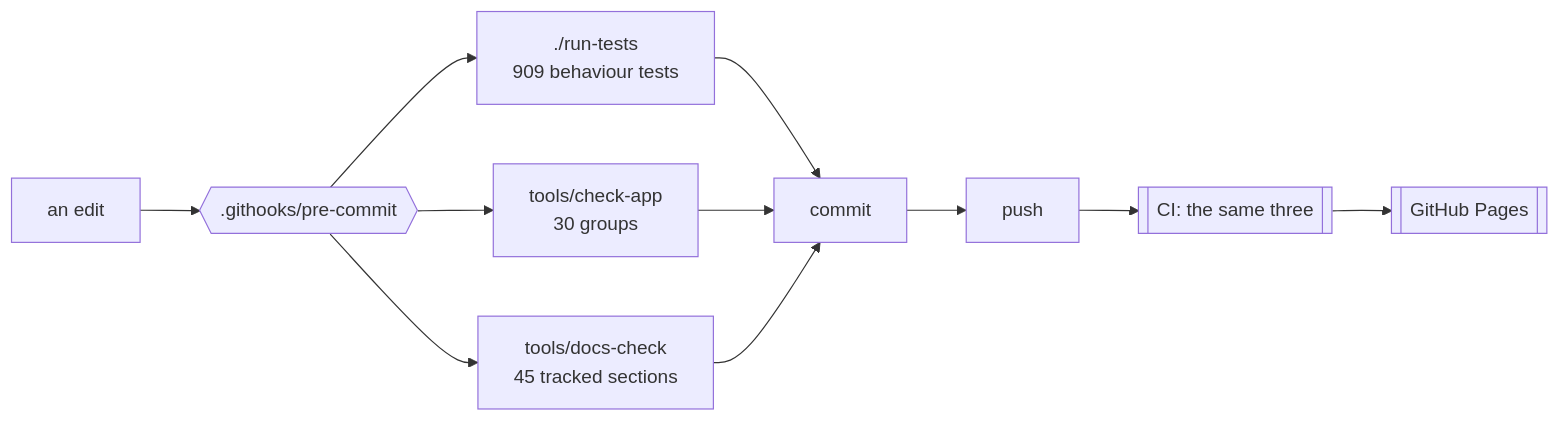
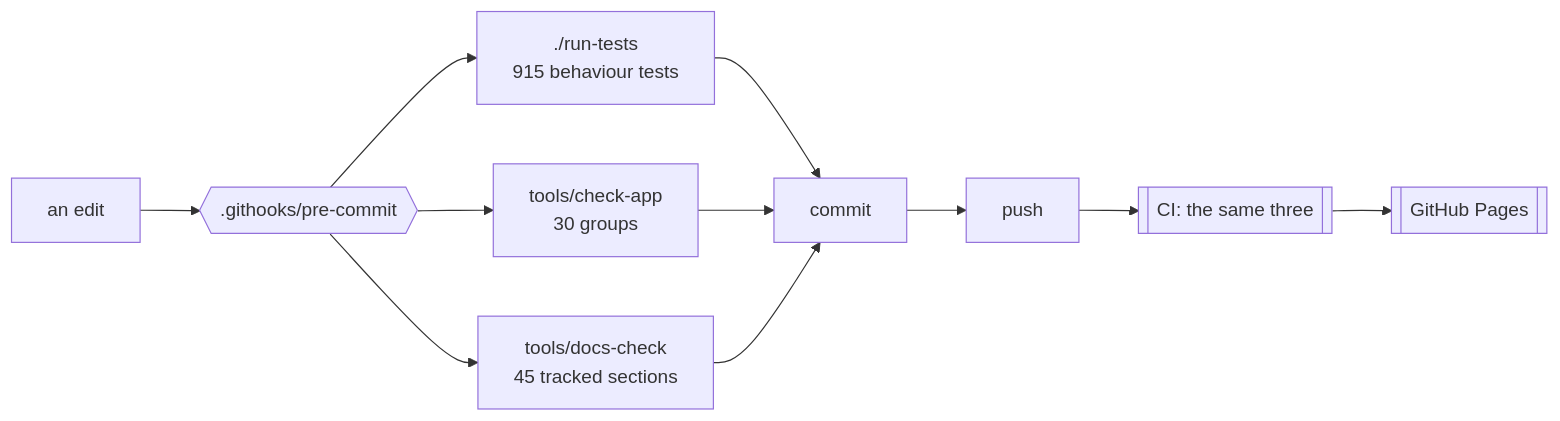
Before and after one commit to minormending/crystal-pilot-mobile: the first of 3 diagrams in docs/DEVELOPING.md, drawn with Mermaid. The commit also changed other lines of this file and 2 other files, not shown here.

````diff
--- a/docs/DEVELOPING.md
+++ b/docs/DEVELOPING.md
@@ -15,12 +15,12 @@
 ```mermaid
 flowchart LR
     E[an edit] --> H{{".githooks/pre-commit"}}
-    H --> T["./run-tests<br/>909 behaviour tests"]
+    H --> T["./run-tests<br/>915 behaviour tests"]
     H --> C["tools/check-app<br/>30 groups"]
     H --> D["tools/docs-check<br/>45 tracked sections"]
     T --> OK[commit]
     C --> OK
     D --> OK
     OK --> P[push] --> CI[["CI: the same three"]]
     CI --> PG[[GitHub Pages]]
 ```
````
